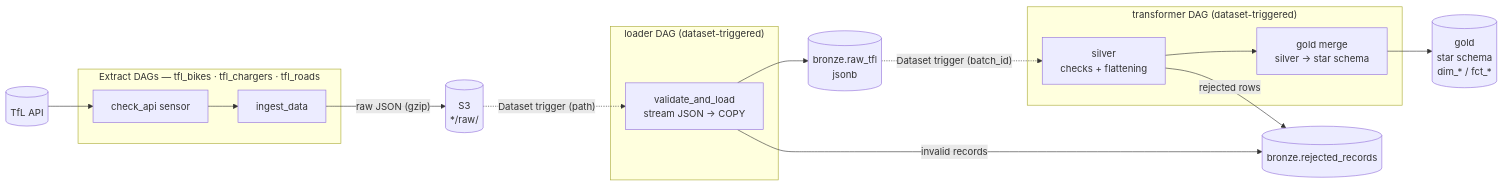
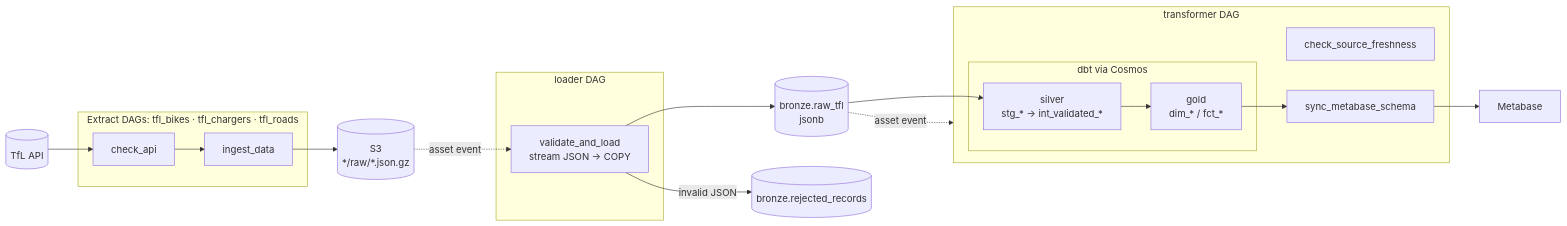
One commit to mahufa/london-transport-pipeline changed the diagram in README.md. Above: the diagram before and after it, drawn with Mermaid. The commit also changed other lines of this file, not shown here.

Commit message:
docs: update readme for dbt architecture

````diff
--- a/README.md
+++ b/README.md
@@ -13,31 +13,33 @@
 ```mermaid
 flowchart LR
     API[("TfL API")]
+    S3[("S3\n*/raw/*.json.gz")]
+    BRONZE[("bronze.raw_tfl\njsonb")]
+    DLQ[("bronze.rejected_records")]
+    MB["Metabase"]
 
-    subgraph EX["Extract DAGs — tfl_bikes · tfl_chargers · tfl_roads"]
-        CHECK["check_api sensor"] --> INGEST["ingest_data"]
+    subgraph EX["Extract DAGs: tfl_bikes · tfl_chargers · tfl_roads"]
+        CHECK["check_api"] --> INGEST["ingest_data"]
     end
 
-    subgraph LD["loader DAG (dataset-triggered)"]
+    subgraph LD["loader DAG"]
         LOAD["validate_and_load\nstream JSON → COPY"]
     end
 
-    subgraph TR["transformer DAG (dataset-triggered)"]
-        SILVER["silver\nchecks + flattening"]
-        GOLD["gold merge\nsilver → star schema"]
-        SILVER --> GOLD
+    subgraph TR["transformer DAG"]
+        FRESH["check_source_freshness"]
+        subgraph DBT["dbt via Cosmos"]
+            SILVER["silver\nstg_* → int_validated_*"] --> GOLD["gold\ndim_* / fct_*"]
+        end
+        GOLD --> SYNC["sync_metabase_schema"]
     end
 
-    BRONZE[("bronze.raw_tfl\njsonb")]
-    DLQ[("bronze.rejected_records")]
-    DW[("gold\nstar schema\ndim_* / fct_*")]
-
     API --> CHECK
-    INGEST -->|"raw JSON (gzip)"| RAWS3[("S3\n*/raw/")]
-    RAWS3 -.->|"Dataset trigger (path)"| LOAD
+    INGEST --> S3
+    S3 -.->|"asset event"| LOAD
     LOAD --> BRONZE
-    LOAD -->|"invalid records"| DLQ
-    BRONZE -.->|"Dataset trigger (batch_id)"| SILVER
-    SILVER -->|"rejected rows"| DLQ
-    GOLD --> DW
+    LOAD -->|"invalid JSON"| DLQ
+    BRONZE -.->|"asset event"| TR
+    BRONZE --> SILVER
+    SYNC --> MB
 ```
````
